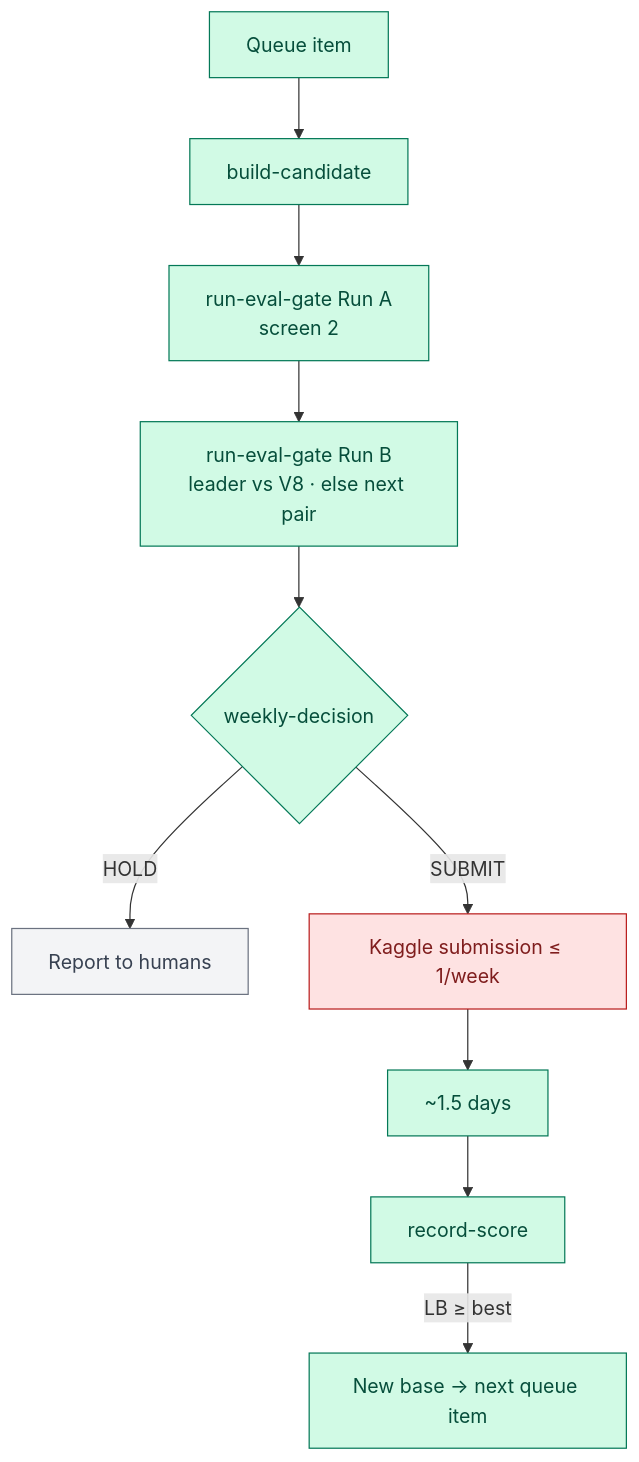
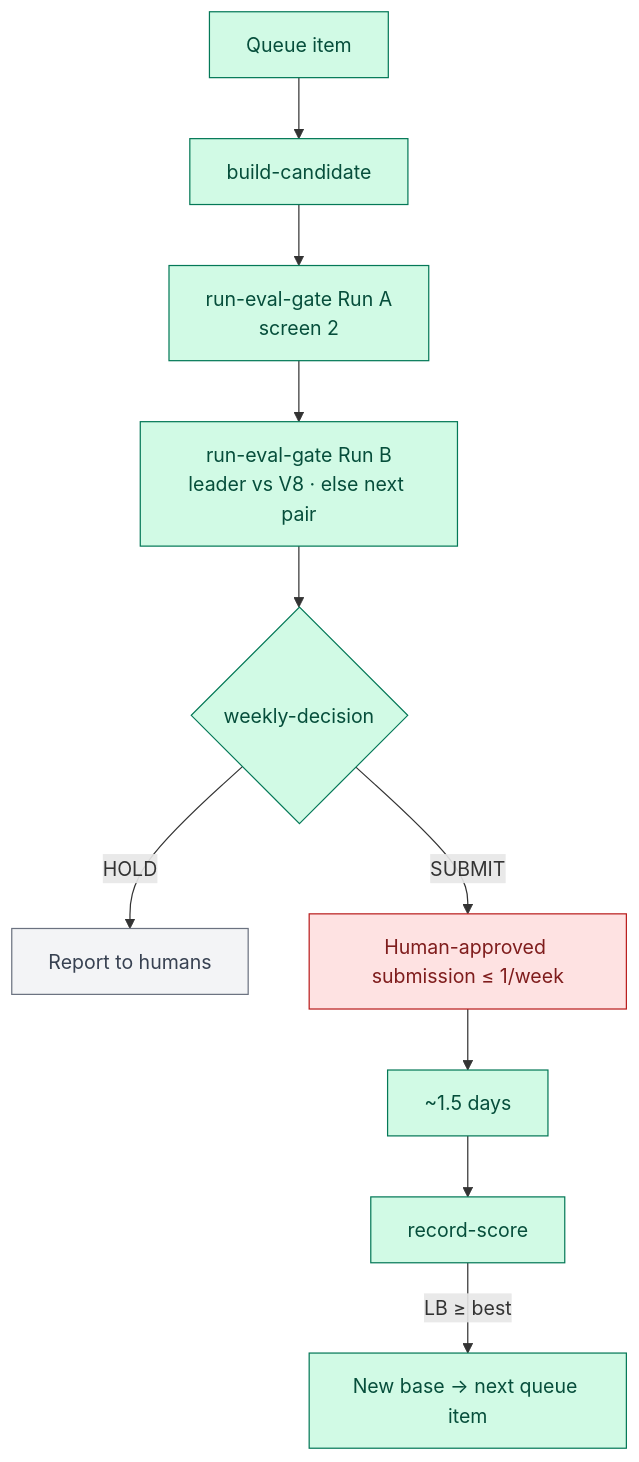
One commit to khaosans/noisegate-gemma4-factory changed the diagram in factory/README.md. Above: the diagram before and after it, drawn with Mermaid. The commit also changed other lines of this file and 18 other files, not shown here.

````diff
--- a/factory/README.md
+++ b/factory/README.md
@@ -9,19 +9,19 @@
 ```mermaid
 flowchart TB
   Q[Queue item] --> BC[build-candidate]
   BC --> GA[run-eval-gate Run A<br/>screen 2]
   GA --> GB[run-eval-gate Run B<br/>leader vs V8 · else next pair]
   GB --> WD{weekly-decision}
   WD -->|HOLD| RH[Report to humans]
-  WD -->|SUBMIT| KS[Kaggle submission ≤ 1/week]
+  WD -->|SUBMIT| KS[Human-approved submission ≤ 1/week]
   KS --> Wait[~1.5 days]
   Wait --> RS[record-score]
   RS -->|LB ≥ best| NB[New base → next queue item]
 
   classDef factory fill:#D1FAE5,stroke:#047857,color:#064E3B
   classDef hitl fill:#FEE2E2,stroke:#B91C1C,color:#7F1D1D
   classDef hold fill:#F3F4F6,stroke:#6B7280,color:#374151
   class Q,BC,GA,GB,WD,Wait,RS,NB factory
   class KS hitl
   class RH hold
 ```
````
